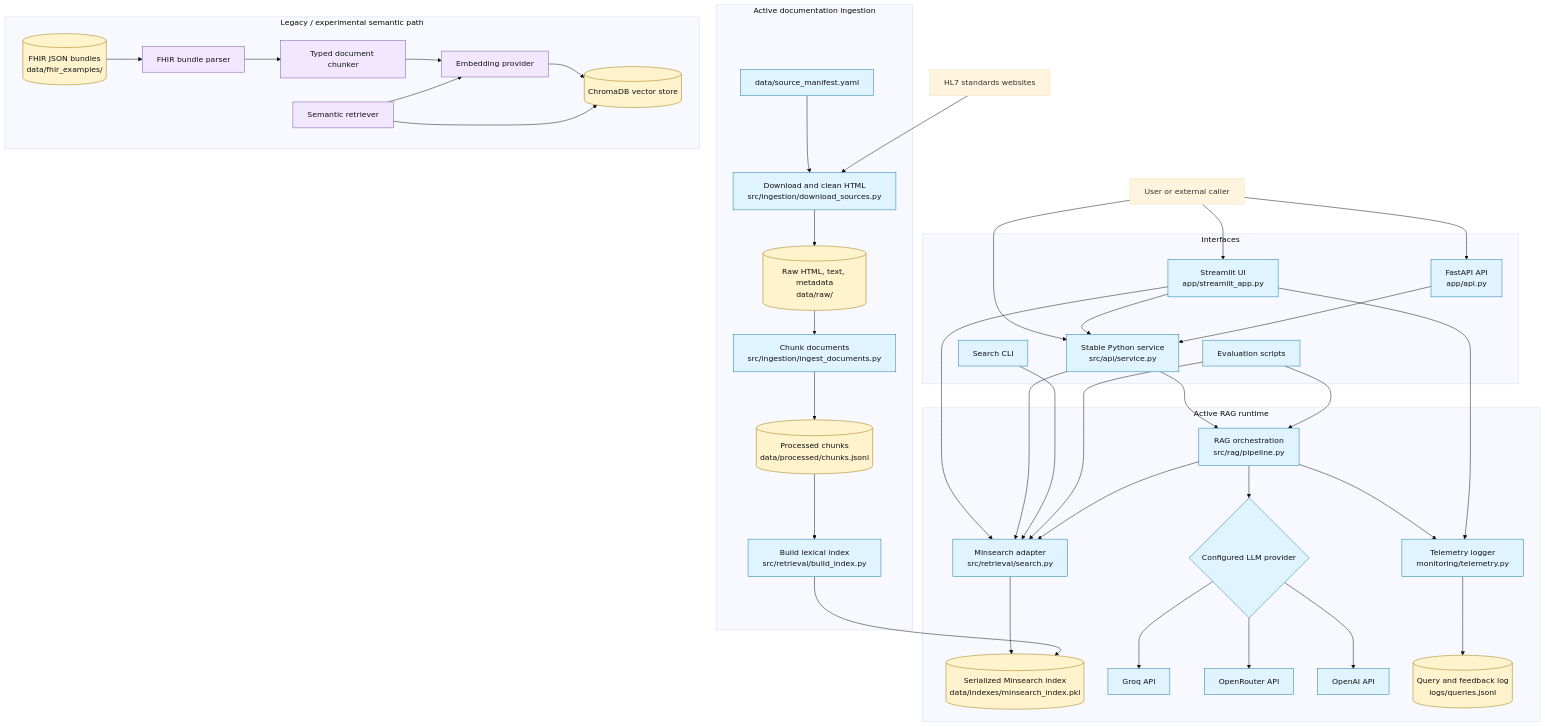
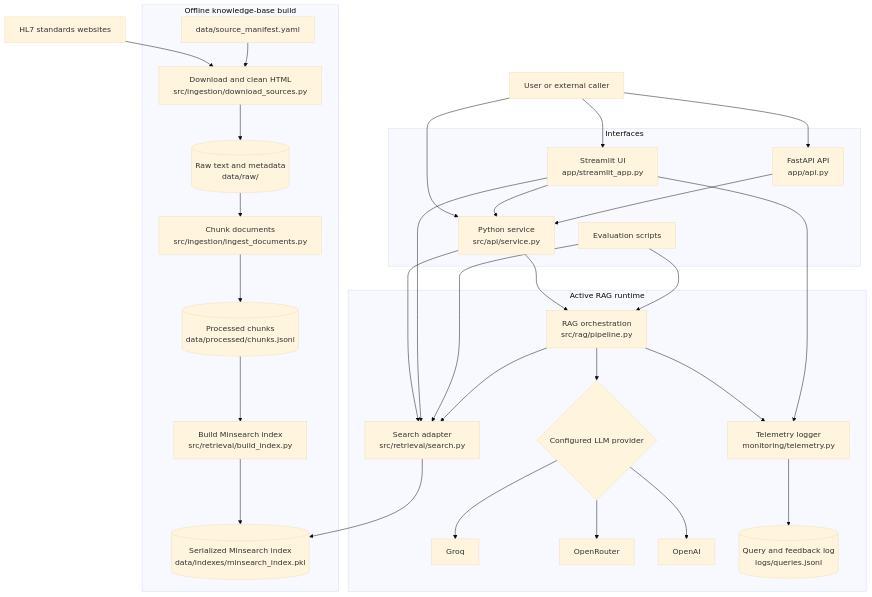
The first of 4 diagrams in docs/architecture.md (AI-Precision-Medicine-Zoomcamp/precision-oncology-data-architect-assistant), drawn with Mermaid (base theme) before and after one commit. The commit also changed other lines of this file and 18 other files, not shown here.

````diff
--- a/docs/architecture.md
+++ b/docs/architecture.md
@@ -30,57 +28,54 @@
     subgraph Interfaces
         UI[Streamlit UI<br/>app/streamlit_app.py]
         API[FastAPI API<br/>app/api.py]
-        Service[Stable Python service<br/>src/api/service.py]
-        SearchCLI[Search CLI]
+        Service[Python service<br/>src/api/service.py]
         Eval[Evaluation scripts]
     end
 
-    subgraph Active["Active RAG runtime"]
+    subgraph Ingestion["Offline knowledge-base build"]
+        Manifest[data/source_manifest.yaml]
+        Downloader[Download and clean HTML<br/>src/ingestion/download_sources.py]
+        Raw[(Raw text and metadata<br/>data/raw/)]
+        Chunker[Chunk documents<br/>src/ingestion/ingest_documents.py]
+        Chunks[(Processed chunks<br/>data/processed/chunks.jsonl)]
+        Builder[Build Minsearch index<br/>src/retrieval/build_index.py]
+        Index[(Serialized Minsearch index<br/>data/indexes/minsearch_index.pkl)]
+    end
+
+    subgraph Runtime["Active RAG runtime"]
+        Search[Search adapter<br/>src/retrieval/search.py]
         RAG[RAG orchestration<br/>src/rag/pipeline.py]
-        Search[Minsearch adapter<br/>src/retrieval/search.py]
-        Index[(Serialized Minsearch index<br/>data/indexes/minsearch_index.pkl)]
         Provider{Configured LLM provider}
-        Groq[Groq API]
-        OpenRouter[OpenRouter API]
-        OpenAI[OpenAI API]
+        Groq[Groq]
+        OpenRouter[OpenRouter]
+        OpenAI[OpenAI]
         Telemetry[Telemetry logger<br/>monitoring/telemetry.py]
         Logs[(Query and feedback log<br/>logs/queries.jsonl)]
     end
 
-    subgraph Ingestion["Active documentation ingestion"]
-        Manifest[data/source_manifest.yaml]
-        Downloader[Download and clean HTML<br/>src/ingestion/download_sources.py]
-        Raw[(Raw HTML, text, metadata<br/>data/raw/)]
-        Chunker[Chunk documents<br/>src/ingestion/ingest_documents.py]
-        Chunks[(Processed chunks<br/>data/processed/chunks.jsonl)]
-        Builder[Build lexical index<br/>src/retrieval/build_index.py]
-    end
+    Standards[HL7 standards websites]
 
-    subgraph Legacy["Legacy / experimental semantic path"]
-        Bundles[(FHIR JSON bundles<br/>data/fhir_examples/)]
-        Parser[FHIR bundle parser]
-        LegacyChunker[Typed document chunker]
-        Embeddings[Embedding provider]
-        Chroma[(ChromaDB vector store)]
-        LegacyRetriever[Semantic retriever]
-    end
-
-    Standards[HL7 standards websites]
+    Standards --> Downloader
+    Manifest --> Downloader
+    Downloader --> Raw
+    Raw --> Chunker
+    Chunker --> Chunks
+    Chunks --> Builder
+    Builder --> Index
 
     User --> UI
     User --> API
     User --> Service
     UI --> Service
     API --> Service
-    UI --> Search
     Service --> RAG
     Service --> Search
-    SearchCLI --> Search
+    UI --> Search
     Eval --> Search
     Eval --> RAG
 
+    Search --> Index
     RAG --> Search
-    Search --> Index
     RAG --> Provider
     Provider --> Groq
     Provider --> OpenRouter
@@ -88,26 +83,4 @@
     RAG --> Telemetry
     UI --> Telemetry
     Telemetry --> Logs
-
-    Manifest --> Downloader
-    Standards --> Downloader
-    Downloader --> Raw
-    Raw --> Chunker
-    Chunker --> Chunks
-    Chunks --> Builder
-    Builder --> Index
-
-    Bundles --> Parser
-    Parser --> LegacyChunker
-    LegacyChunker --> Embeddings
-    Embeddings --> Chroma
-    LegacyRetriever --> Embeddings
-    LegacyRetriever --> Chroma
-
-    classDef active fill:#dff4ff,stroke:#1677a3,color:#111;
-    classDef storage fill:#fff3cd,stroke:#9a7500,color:#111;
-    classDef legacy fill:#f1e8ff,stroke:#7253a3,color:#111;
-    class UI,API,Service,SearchCLI,Eval,RAG,Search,Provider,Groq,OpenRouter,OpenAI,Telemetry,Manifest,Downloader,Chunker,Builder active;
-    class Index,Logs,Raw,Chunks,Bundles,Chroma storage;
-    class Parser,LegacyChunker,Embeddings,LegacyRetriever legacy;
 ```
````
